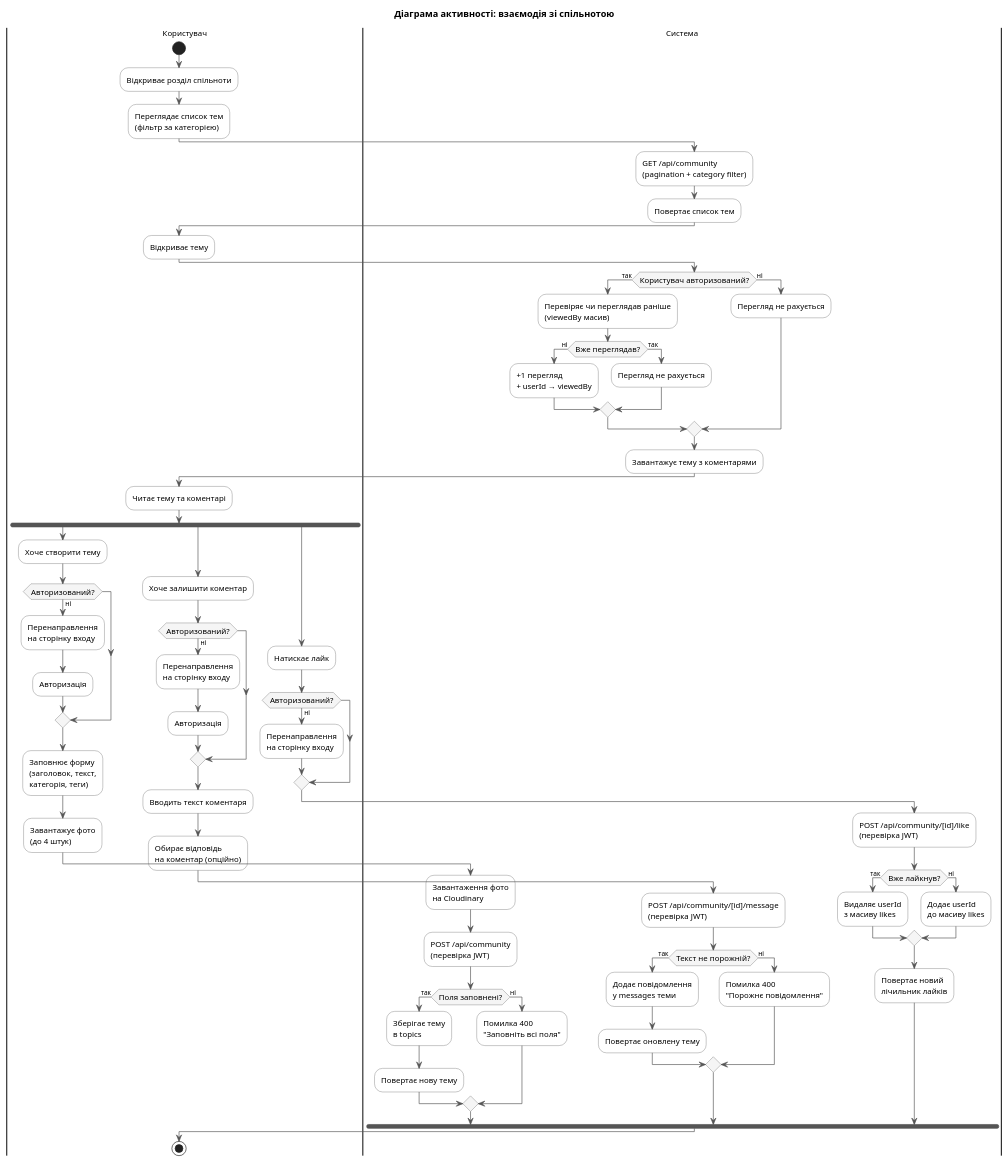
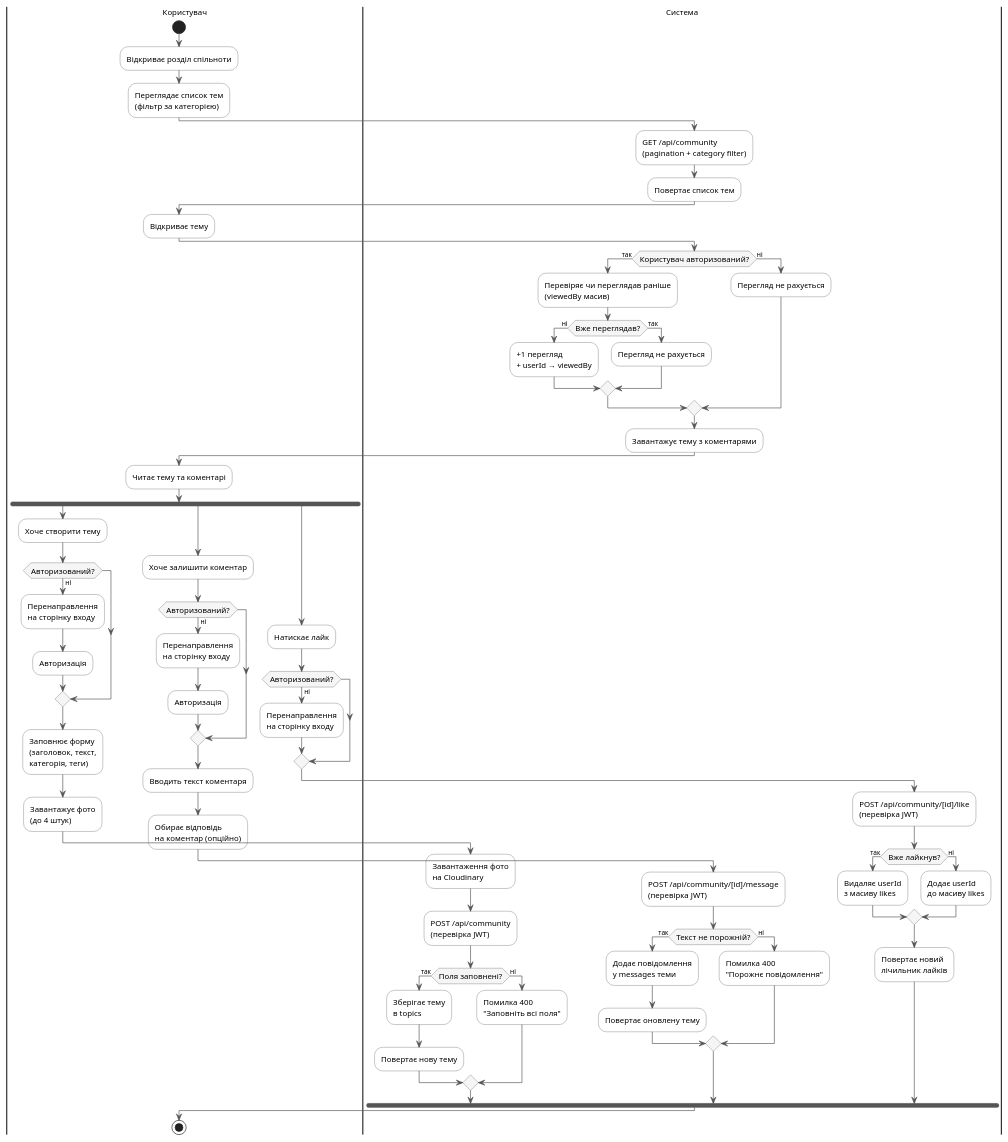
One commit to ViktorMinaylenko/RoyalTick changed the diagram in diagrams/activity_community.puml. Above: the diagram before and after it, drawn with PlantUML. The commit also changed 82 other files, not shown here.

```diff
--- a/diagrams/activity_community.puml
+++ b/diagrams/activity_community.puml
@@ -1,96 +1,94 @@
 @startuml
 skinparam backgroundColor #FFFFFF
 skinparam defaultFontName Arial
 skinparam defaultFontSize 12
 skinparam ActivityBorderColor #555555
 skinparam ActivityBackgroundColor #FFFFFF
 skinparam ActivityArrowColor #555555
 skinparam ActivityDiamondBackgroundColor #F5F5F5
 skinparam ActivityDiamondBorderColor #555555
 skinparam PartitionBorderColor #888888
 skinparam PartitionBackgroundColor #F8F8F8
 skinparam ArrowFontSize 10
-
-title Діаграма активності: взаємодія зі спільнотою
 
 |Користувач|
 start
 :Відкриває розділ спільноти;
 :Переглядає список тем\n(фільтр за категорією);
 
 |Система|
 :GET /api/community\n(pagination + category filter);
 :Повертає список тем;
 
 |Користувач|
 :Відкриває тему;
 
 |Система|
 if (Користувач авторизований?) then (так)
   :Перевіряє чи переглядав раніше\n(viewedBy масив);
   if (Вже переглядав?) then (ні)
     :+1 перегляд\n+ userId → viewedBy;
   else (так)
     :Перегляд не рахується;
   endif
 else (ні)
   :Перегляд не рахується;
 endif
 :Завантажує тему з коментарями;
 
 |Користувач|
 :Читає тему та коментарі;
 
 fork
   :Хоче створити тему;
   if (Авторизований?) then (ні)
     :Перенаправлення\nна сторінку входу;
     :Авторизація;
   endif
   :Заповнює форму\n(заголовок, текст,\nкатегорія, теги);
   :Завантажує фото\n(до 4 штук);
   |Система|
   :Завантаження фото\nна Cloudinary;
   :POST /api/community\n(перевірка JWT);
   if (Поля заповнені?) then (так)
     :Зберігає тему\nв topics;
     :Повертає нову тему;
   else (ні)
     :Помилка 400\n"Заповніть всі поля";
   endif
 fork again
   |Користувач|
   :Хоче залишити коментар;
   if (Авторизований?) then (ні)
     :Перенаправлення\nна сторінку входу;
     :Авторизація;
   endif
   :Вводить текст коментаря;
   :Обирає відповідь\nна коментар (опційно);
   |Система|
   :POST /api/community/[id]/message\n(перевірка JWT);
   if (Текст не порожній?) then (так)
     :Додає повідомлення\nу messages теми;
     :Повертає оновлену тему;
   else (ні)
     :Помилка 400\n"Порожнє повідомлення";
   endif
 fork again
   |Користувач|
   :Натискає лайк;
   if (Авторизований?) then (ні)
     :Перенаправлення\nна сторінку входу;
   endif
   |Система|
   :POST /api/community/[id]/like\n(перевірка JWT);
   if (Вже лайкнув?) then (так)
     :Видаляє userId\nз масиву likes;
   else (ні)
     :Додає userId\nдо масиву likes;
   endif
   :Повертає новий\nлічильник лайків;
 end fork
 
 |Користувач|
 stop
 @enduml
```
